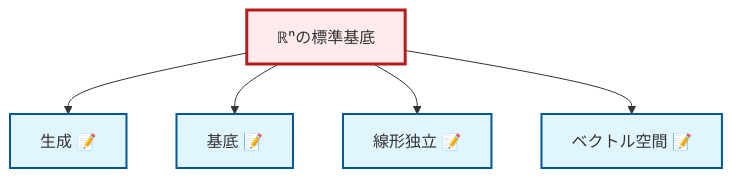
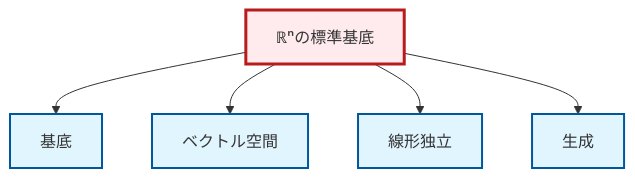
The diagram in output/mermaid/ja/ex-standard-basis-rn.mermaid (RK0429/ModernMath), drawn with Mermaid before and after one commit. The commit also changed 1710 other files, not shown here.

```diff
--- a/output/mermaid/ja/ex-standard-basis-rn.mermaid
+++ b/output/mermaid/ja/ex-standard-basis-rn.mermaid
@@ -1,16 +1,16 @@
 graph TD
     classDef definition fill:#e1f5fe,stroke:#01579b,stroke-width:2px
     classDef theorem fill:#f3e5f5,stroke:#4a148c,stroke-width:2px
     classDef axiom fill:#fff3e0,stroke:#e65100,stroke-width:2px
     classDef example fill:#e8f5e9,stroke:#1b5e20,stroke-width:2px
     classDef current fill:#ffebee,stroke:#b71c1c,stroke-width:3px
-    def-span["生成 📝"]:::definition
-    def-linear-independence["線形独立 📝"]:::definition
-    def-vector-space["ベクトル空間 📝"]:::definition
-    def-basis["基底 📝"]:::definition
+    def-vector-space["ベクトル空間"]:::definition
+    def-basis["基底"]:::definition
+    def-linear-independence["線形独立"]:::definition
+    def-span["生成"]:::definition
     ex-standard-basis-rn["ℝⁿの標準基底"]:::example
+    ex-standard-basis-rn --> def-basis
+    ex-standard-basis-rn --> def-vector-space
+    ex-standard-basis-rn --> def-linear-independence
     ex-standard-basis-rn --> def-span
-    ex-standard-basis-rn --> def-basis
-    ex-standard-basis-rn --> def-linear-independence
-    ex-standard-basis-rn --> def-vector-space
     class ex-standard-basis-rn current
```
